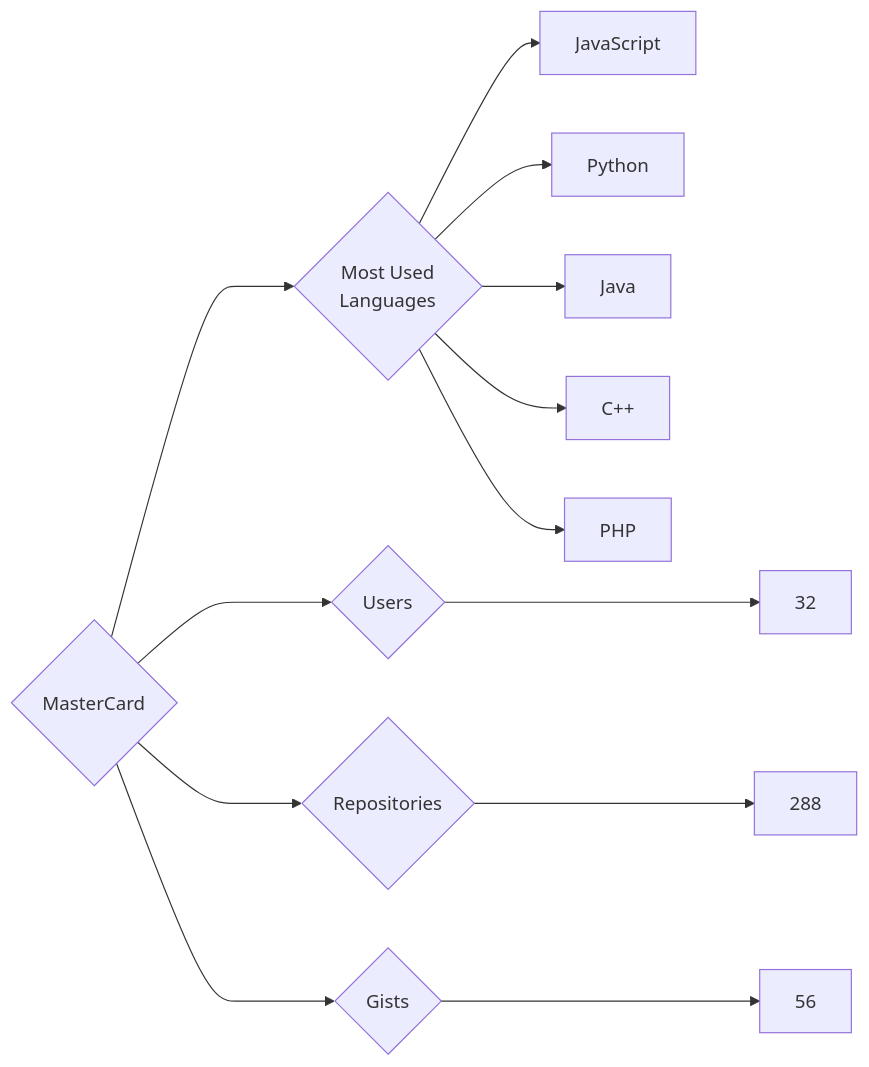
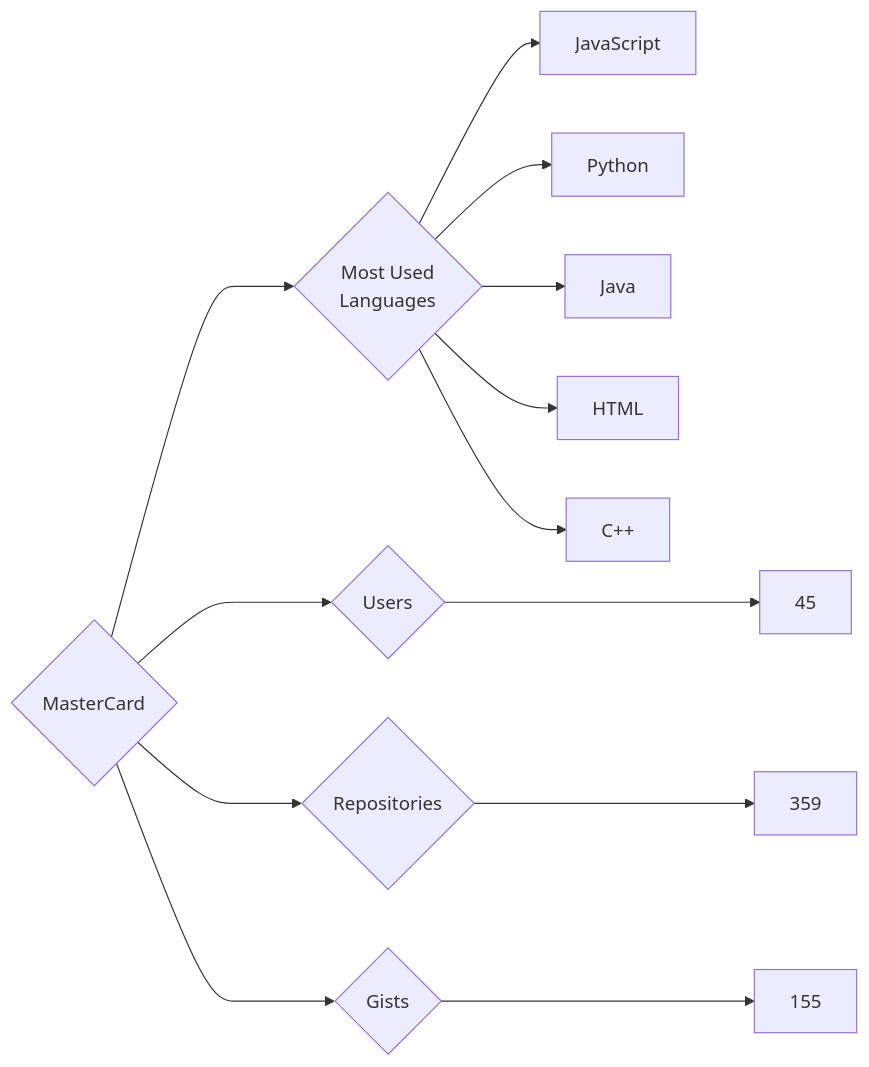
One commit to trickest/insiders changed the diagram in targets/MasterCard/README.md. Above: the diagram before and after it, drawn with Mermaid. The commit also changed 970 other files, not shown here.

````diff
--- a/targets/MasterCard/README.md
+++ b/targets/MasterCard/README.md
@@ -3,13 +3,13 @@
 ```mermaid
 graph LR
 COMPANY_NAME{MasterCard}
-COMPANY_NAME ---> U{Users} ---> UN[32]
-COMPANY_NAME ---> R{Repositories} ---> RN[288]
-COMPANY_NAME ---> G{Gists} ---> GN[56]
+COMPANY_NAME ---> U{Users} ---> UN[45]
+COMPANY_NAME ---> R{Repositories} ---> RN[359]
+COMPANY_NAME ---> G{Gists} ---> GN[155]
 COMPANY_NAME ---> ML{Most Used<br>Languages}
 ML --> JavaScript[JavaScript]
 ML --> Python[Python]
 ML --> Java[Java]
+ML --> HTML[HTML]
 ML --> C++[C++]
-ML --> PHP[PHP]
 ```
````
